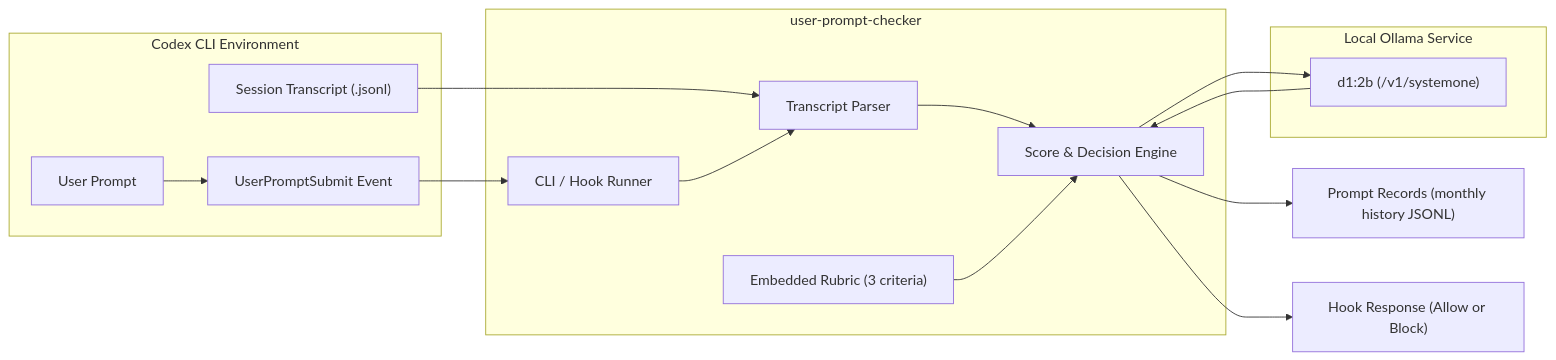
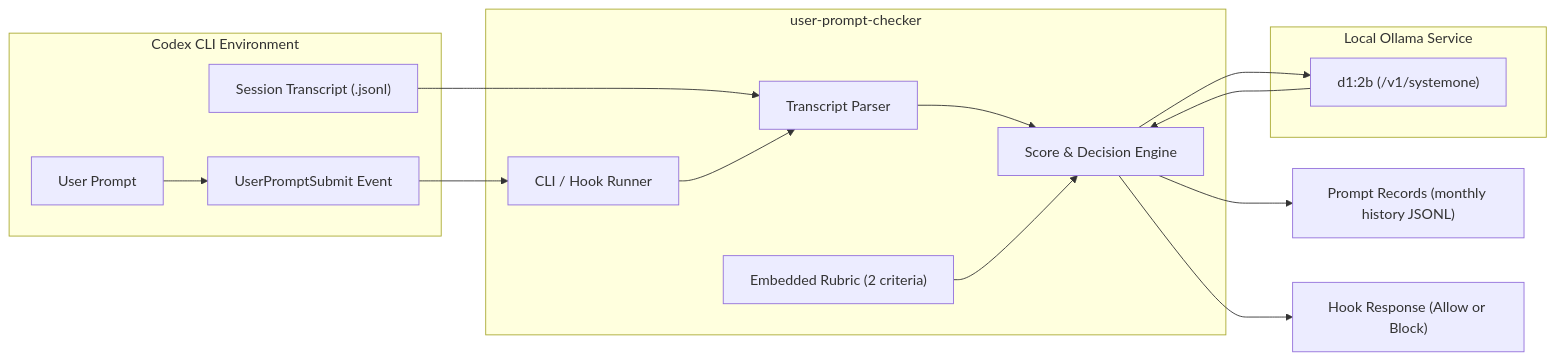
Before and after one commit to tyPhoon-collab/user-prompt-checker: the first of 2 diagrams in README.md, drawn with Mermaid. The commit also changed other lines of this file and 14 other files, not shown here.

````diff
--- a/README.md
+++ b/README.md
@@ -78,28 +78,28 @@
 ```mermaid
 flowchart LR
     subgraph Codex["Codex CLI Environment"]
         User["User Prompt"] --> HookEvent["UserPromptSubmit Event"]
         Transcript["Session Transcript (.jsonl)"]
     end
 
     subgraph UPC["user-prompt-checker"]
         CLI["CLI / Hook Runner"]
         Parser["Transcript Parser"]
-        Rubric["Embedded Rubric (3 criteria)"]
+        Rubric["Embedded Rubric (2 criteria)"]
         Engine["Score & Decision Engine"]
     end
 
     subgraph Ollama["Local Ollama Service"]
         Model["d1:2b (/v1/systemone)"]
     end
 
     HookEvent --> CLI
     Transcript --> Parser
     CLI --> Parser
     Parser --> Engine
     Rubric --> Engine
     Engine --> Model
     Model --> Engine
     Engine --> History["Prompt Records (monthly history JSONL)"]
     Engine --> HookOutput["Hook Response (Allow or Block)"]
 ```
````
